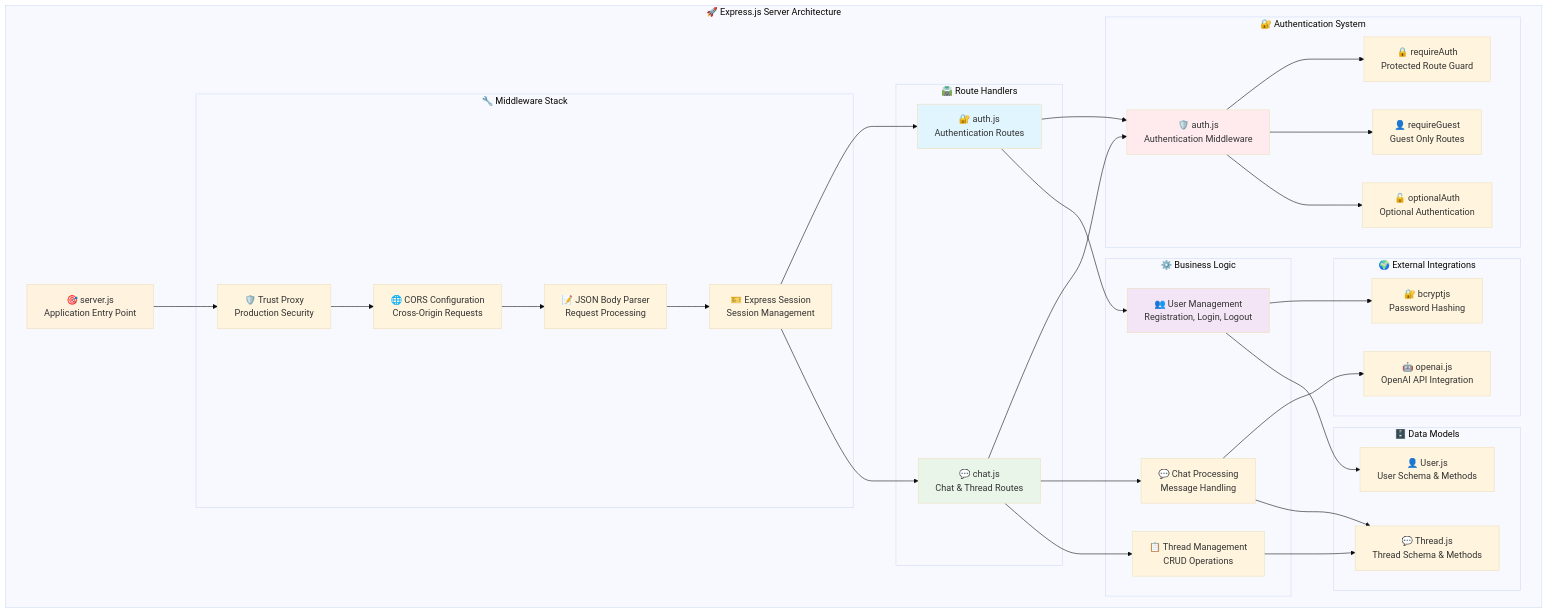
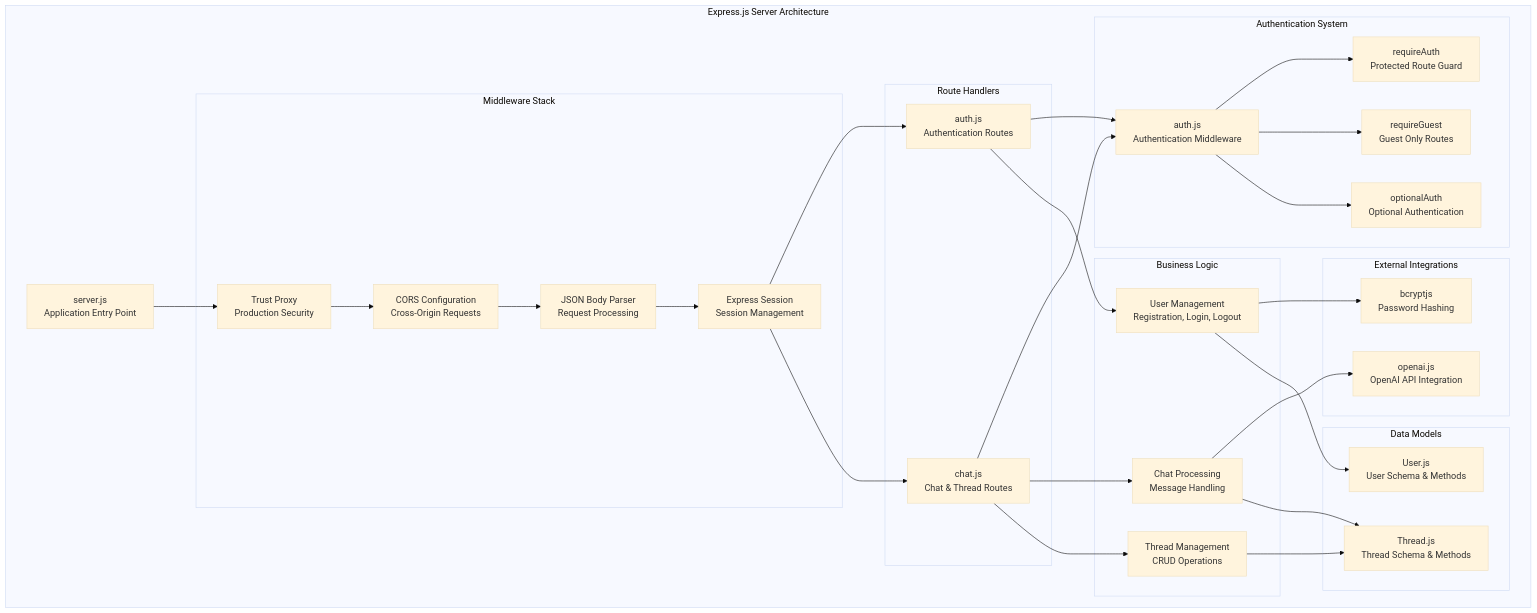
Before and after one commit to Ishu077/Lepron-GPT-with-Auth: the third of 6 diagrams in README.md, drawn with Mermaid (base theme). The commit also changed other lines of this file, not shown here.

````diff
--- a/README.md
+++ b/README.md
@@ -177,73 +162,67 @@
 ```mermaid
 graph TB
-    subgraph "🚀 Express.js Server Architecture"
-        ServerEntry[🎯 server.js<br/>Application Entry Point]
+    subgraph "Express.js Server Architecture"
+        ServerEntry[server.js<br/>Application Entry Point]
         
-        subgraph "🔧 Middleware Stack"
-            TrustProxy[🛡️ Trust Proxy<br/>Production Security]
-            CORSMiddleware[🌐 CORS Configuration<br/>Cross-Origin Requests]
-            JSONParser[📝 JSON Body Parser<br/>Request Processing]
-            SessionMiddleware[🎫 Express Session<br/>Session Management]
+        subgraph "Middleware Stack"
+            TrustProxy[Trust Proxy<br/>Production Security]
+            CORSMiddleware[CORS Configuration<br/>Cross-Origin Requests]
+            JSONParser[JSON Body Parser<br/>Request Processing]
+            SessionMiddleware[Express Session<br/>Session Management]
         end
         
-        subgraph "🛣️ Route Handlers"
-            AuthRoutes[🔐 auth.js<br/>Authentication Routes]
-            ChatRoutes[💬 chat.js<br/>Chat & Thread Routes]
+        subgraph "Route Handlers"
+            AuthRoutes[auth.js<br/>Authentication Routes]
+            ChatRoutes[chat.js<br/>Chat & Thread Routes]
         end
         
-        subgraph "🔐 Authentication System"
-            AuthMiddleware[🛡️ auth.js<br/>Authentication Middleware]
-            RequireAuth[🔒 requireAuth<br/>Protected Route Guard]
-            RequireGuest[👤 requireGuest<br/>Guest Only Routes]
-            OptionalAuth[🔓 optionalAuth<br/>Optional Authentication]
+        subgraph "Authentication System"
+            AuthMiddleware[auth.js<br/>Authentication Middleware]
+            RequireAuth[requireAuth<br/>Protected Route Guard]
+            RequireGuest[requireGuest<br/>Guest Only Routes]
+            OptionalAuth[optionalAuth<br/>Optional Authentication]
         end
         
-        subgraph "⚙️ Business Logic"
-            UserController[👥 User Management<br/>Registration, Login, Logout]
-            ChatController[💬 Chat Processing<br/>Message Handling]
-            ThreadController[📋 Thread Management<br/>CRUD Operations]
+        subgraph "Business Logic"
+            UserController[User Management<br/>Registration, Login, Logout]
+            ChatController[Chat Processing<br/>Message Handling]
+            ThreadController[Thread Management<br/>CRUD Operations]
         end
         
-        subgraph "🌍 External Integrations"
-            OpenAIUtil[🤖 openai.js<br/>OpenAI API Integration]
-            PasswordHash[🔐 bcryptjs<br/>Password Hashing]
+        subgraph "External Integrations"
+            OpenAIUtil[openai.js<br/>OpenAI API Integration]
+            PasswordHash[bcryptjs<br/>Password Hashing]
         end
         
-        subgraph "🗄️ Data Models"
-            UserModel[👤 User.js<br/>User Schema & Methods]
-            ThreadModel[💬 Thread.js<br/>Thread Schema & Methods]
+        subgraph "Data Models"
+            UserModel[User.js<br/>User Schema & Methods]
+            ThreadModel[Thread.js<br/>Thread Schema & Methods]
         end
     end
     
     ServerEntry --> TrustProxy
     TrustProxy --> CORSMiddleware
     CORSMiddleware --> JSONParser
     JSONParser --> SessionMiddleware
     
     SessionMiddleware --> AuthRoutes
     SessionMiddleware --> ChatRoutes
     
     AuthRoutes --> AuthMiddleware
     ChatRoutes --> AuthMiddleware
     
     AuthMiddleware --> RequireAuth
     AuthMiddleware --> RequireGuest
     AuthMiddleware --> OptionalAuth
     
     AuthRoutes --> UserController
     ChatRoutes --> ChatController
     ChatRoutes --> ThreadController
     
     UserController --> PasswordHash
     ChatController --> OpenAIUtil
     
     UserController --> UserModel
     ChatController --> ThreadModel
     ThreadController --> ThreadModel
-    
-    style ServerEntry fill:#fff3e0
-    style AuthRoutes fill:#e1f5fe
-    style ChatRoutes fill:#e8f5e8
-    style AuthMiddleware fill:#ffebee
-    style UserController fill:#f3e5f5
 ```
````
